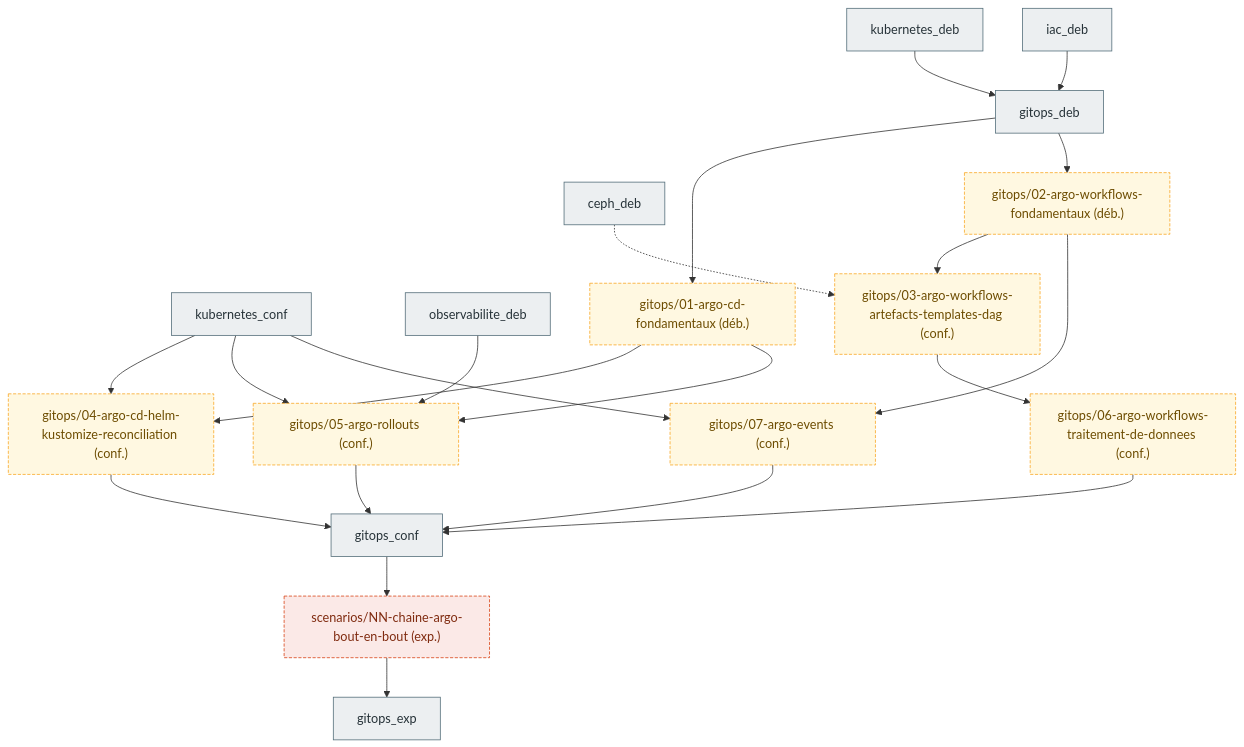
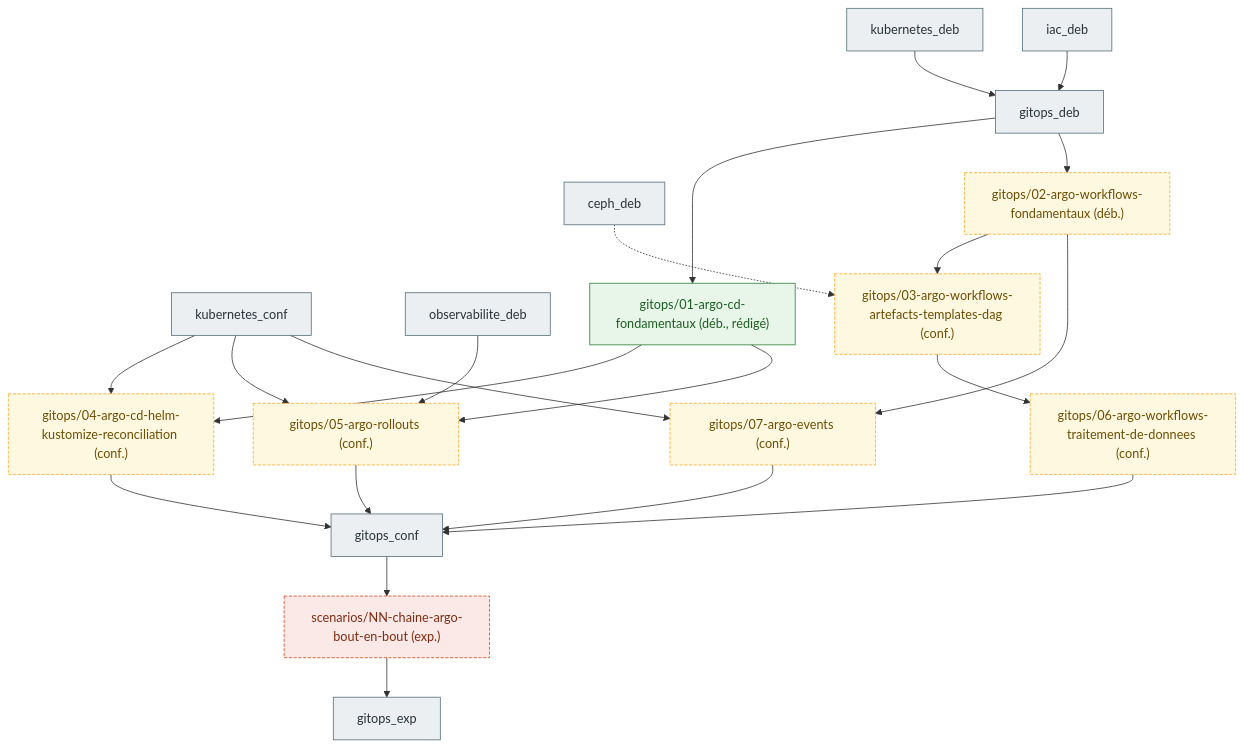
The sixth of 6 diagrams in docs/prerequis.md (cemah2/WorkbookDevops), drawn with Mermaid before and after one commit. The commit also changed other lines of this file and 4 other files, not shown here.

````diff
--- a/docs/prerequis.md
+++ b/docs/prerequis.md
@@ -221,46 +222,47 @@
 ```mermaid
 flowchart TB
   classDef ref fill:#eceff1,stroke:#546e7a,color:#263238
+  classDef deb fill:#e8f5e9,stroke:#2e7d32,color:#1b5e20
   classDef plan fill:#fff8e1,stroke:#f9a825,color:#6d4c00,stroke-dasharray: 4 2
   classDef planexp fill:#fbe9e7,stroke:#d84315,color:#7f2a0f,stroke-dasharray: 4 2
 
   kubernetes_deb[kubernetes_deb]:::ref
   kubernetes_conf[kubernetes_conf]:::ref
   iac_deb[iac_deb]:::ref
   gitops_deb[gitops_deb]:::ref
   gitops_conf[gitops_conf]:::ref
   gitops_exp[gitops_exp]:::ref
   observabilite_deb[observabilite_deb]:::ref
   ceph_deb[ceph_deb]:::ref
 
-  argocd_fond["gitops/01-argo-cd-fondamentaux (déb.)"]:::plan
+  argocd_fond["gitops/01-argo-cd-fondamentaux (déb., rédigé)"]:::deb
   argocd_helm["gitops/04-argo-cd-helm-kustomize-reconciliation (conf.)"]:::plan
   wf_fond["gitops/02-argo-workflows-fondamentaux (déb.)"]:::plan
   wf_art["gitops/03-argo-workflows-artefacts-templates-dag (conf.)"]:::plan
   wf_data["gitops/06-argo-workflows-traitement-de-donnees (conf.)"]:::plan
   rollouts["gitops/05-argo-rollouts (conf.)"]:::plan
   events["gitops/07-argo-events (conf.)"]:::plan
   s_argo["scenarios/NN-chaine-argo-bout-en-bout (exp.)"]:::planexp
 
   %% rattachement aux nœuds de référence
   kubernetes_deb --> gitops_deb
   iac_deb --> gitops_deb
   gitops_deb --> argocd_fond
   gitops_deb --> wf_fond
   kubernetes_conf --> argocd_helm
   kubernetes_conf --> rollouts
   kubernetes_conf --> events
   observabilite_deb --> rollouts
   ceph_deb -.-> wf_art
 
   %% progression intra-domaine (jamais déb. -> exp.)
   argocd_fond --> argocd_helm
   argocd_fond --> rollouts
   wf_fond --> wf_art --> wf_data
   wf_fond --> events
   argocd_helm --> gitops_conf
   wf_data --> gitops_conf
   rollouts --> gitops_conf
   events --> gitops_conf
   gitops_conf --> s_argo --> gitops_exp
 ```
````
